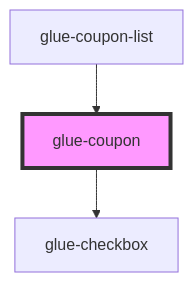
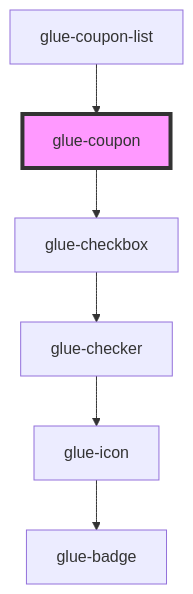
Before and after one commit to grasilife/glue: the diagram in packages/glue-components/src/components/glue-coupon/readme.md, drawn with Mermaid. The commit also changed 9 other files, not shown here.

````diff
--- a/packages/glue-components/src/components/glue-coupon/readme.md
+++ b/packages/glue-components/src/components/glue-coupon/readme.md
@@ -29,6 +29,9 @@
 ```mermaid
 graph TD;
   glue-coupon --> glue-checkbox
+  glue-checkbox --> glue-checker
+  glue-checker --> glue-icon
+  glue-icon --> glue-badge
   glue-coupon-list --> glue-coupon
   style glue-coupon fill:#f9f,stroke:#333,stroke-width:4px
 ```
````
